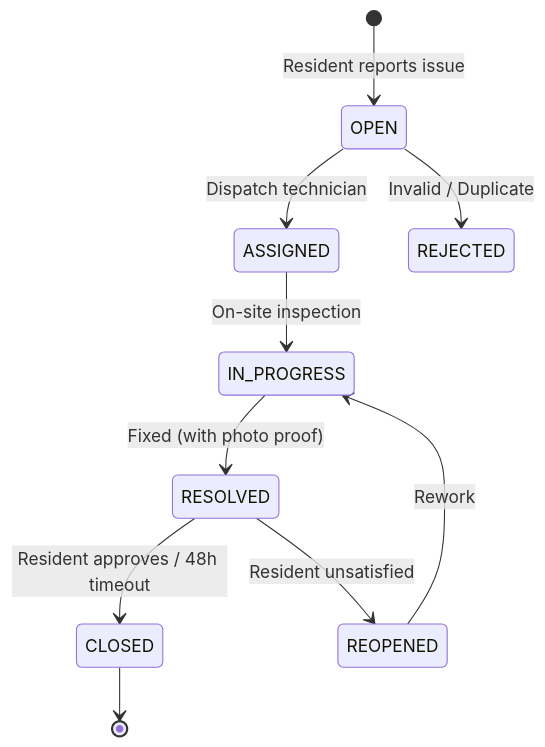
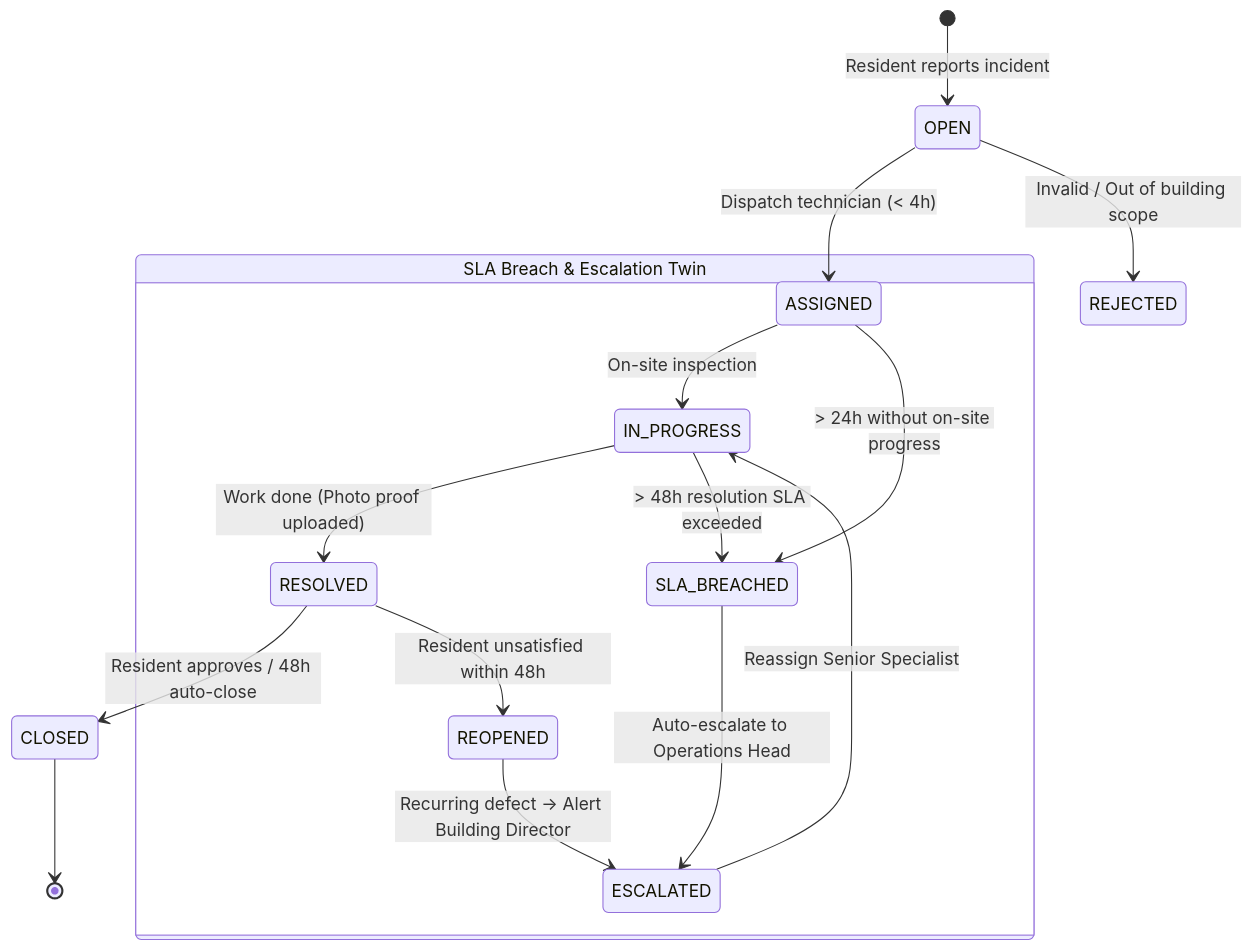
One commit to QuanAnh280605/NguyenAnhQuan-Household-Management changed the third of 3 diagrams in docs/SYSTEM_WORKFLOWS_AND_SPECS.md. Above: the diagram before and after it, drawn with Mermaid. The commit also changed other lines of this file and 3 other files, not shown here.

Commit message:
docs: add comprehensive system architecture, workflow, and project documentation

````diff
--- a/docs/SYSTEM_WORKFLOWS_AND_SPECS.md
+++ b/docs/SYSTEM_WORKFLOWS_AND_SPECS.md
@@ -47,12 +60,20 @@
 ```mermaid
 stateDiagram-v2
-    [*] --> OPEN : Resident reports issue
-    OPEN --> ASSIGNED : Dispatch technician
-    OPEN --> REJECTED : Invalid / Duplicate
+    [*] --> OPEN : Resident reports incident
+    OPEN --> ASSIGNED : Dispatch technician (< 4h)
+    OPEN --> REJECTED : Invalid / Out of building scope
     ASSIGNED --> IN_PROGRESS : On-site inspection
-    IN_PROGRESS --> RESOLVED : Fixed (with photo proof)
-    RESOLVED --> CLOSED : Resident approves / 48h timeout
-    RESOLVED --> REOPENED : Resident unsatisfied
-    REOPENED --> IN_PROGRESS : Rework
+    IN_PROGRESS --> RESOLVED : Work done (Photo proof uploaded)
+    RESOLVED --> CLOSED : Resident approves / 48h auto-close
+    
+    state "SLA Breach & Escalation Twin" as SLABreach {
+        ASSIGNED --> SLA_BREACHED : > 24h without on-site progress
+        IN_PROGRESS --> SLA_BREACHED : > 48h resolution SLA exceeded
+        RESOLVED --> REOPENED : Resident unsatisfied within 48h
+        REOPENED --> ESCALATED : Recurring defect -> Alert Building Director
+        SLA_BREACHED --> ESCALATED : Auto-escalate to Operations Head
+        ESCALATED --> IN_PROGRESS : Reassign Senior Specialist
+    }
+    
     CLOSED --> [*]
 ```
````
